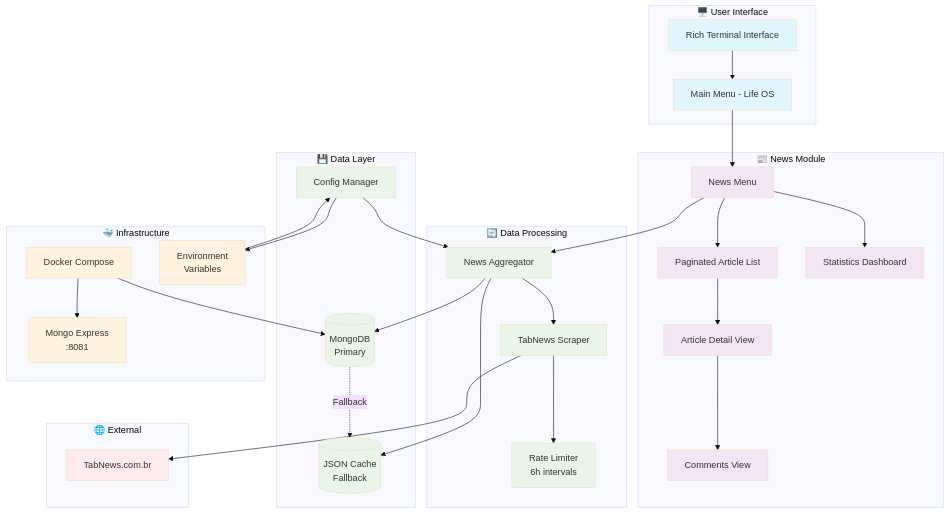
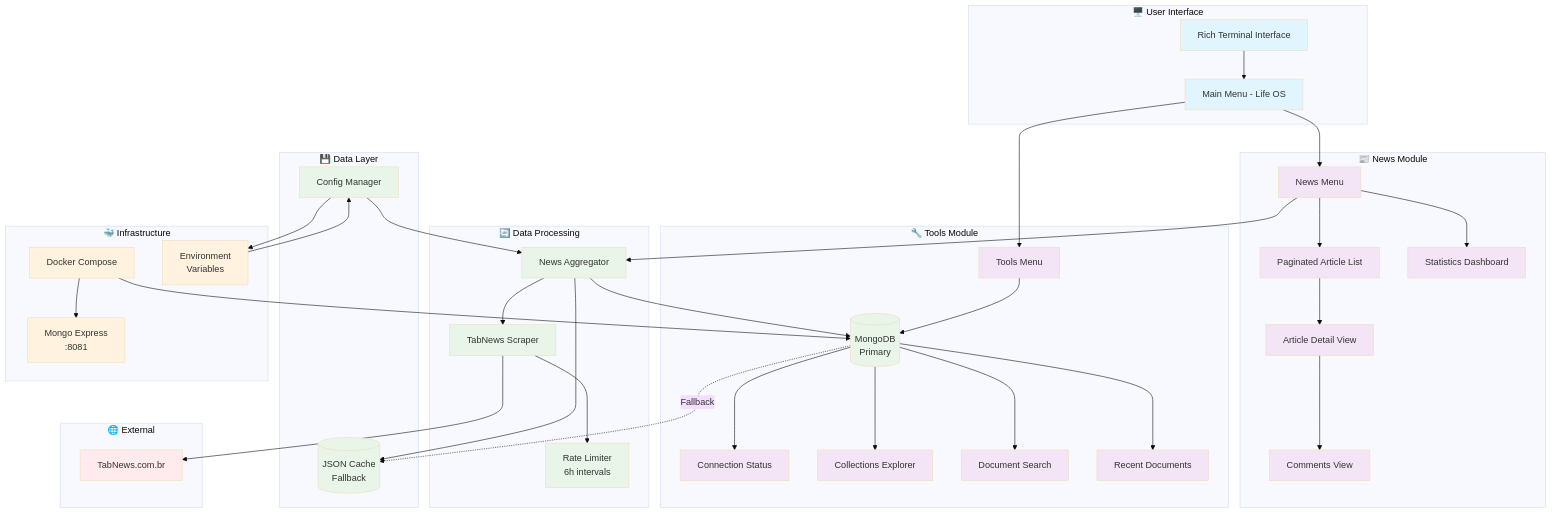
One commit to obrunogonzaga/life-os changed the first of 3 diagrams in README.md. Above: the diagram before and after it, drawn with Mermaid (base theme). The commit also changed other lines of this file and 3 other files, not shown here.

```diff
--- a/README.md
+++ b/README.md
@@ -56,6 +63,15 @@
         DETAIL[Article Detail View]
         COMMENTS[Comments View]
         STATS[Statistics Dashboard]
+    end
+    
+    subgraph "🔧 Tools Module"
+        TOOLS[Tools Menu]
+        MONGO[MongoDB Manager]
+        STATUS[Connection Status]
+        COLLECTIONS[Collections Explorer]
+        SEARCH[Document Search]
+        RECENT[Recent Documents]
     end
     
     subgraph "🔄 Data Processing"
@@ -83,10 +99,16 @@
     %% User Flow
     UI --> MAIN
     MAIN --> NEWS
+    MAIN --> TOOLS
     NEWS --> PAGINATE
     PAGINATE --> DETAIL
     DETAIL --> COMMENTS
     NEWS --> STATS
+    TOOLS --> MONGO
+    MONGO --> STATUS
+    MONGO --> COLLECTIONS
+    MONGO --> SEARCH
+    MONGO --> RECENT
     
     %% Data Flow
     AGG --> SCRAPER
@@ -116,7 +138,7 @@
     classDef external fill:#ffebee
     
     class UI,MAIN interface
-    class NEWS,PAGINATE,DETAIL,COMMENTS,STATS module
+    class NEWS,PAGINATE,DETAIL,COMMENTS,STATS,TOOLS,MONGO,STATUS,COLLECTIONS,SEARCH,RECENT module
     class AGG,SCRAPER,RATE,MONGO,JSON,CONFIG data
     class DOCKER,MONGOEX,ENV infra
     class TABNEWS external
```
